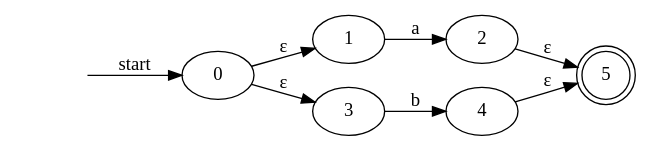
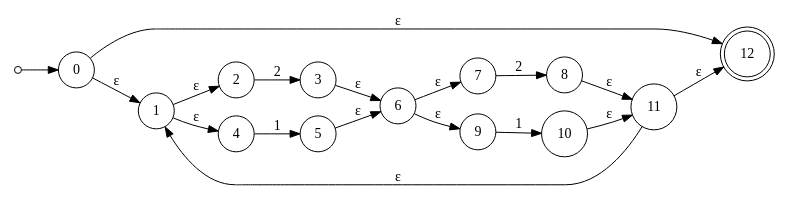
One commit to EstebanAG1005/LaboratorioC-Lenguajes changed the diagram in nfa2.gv. Above: the diagram before and after it, drawn with Graphviz. The commit also changed 21 other files, not shown here.

```diff
--- a/nfa2.gv
+++ b/nfa2.gv
@@ -1,16 +1,24 @@
 digraph {
-	graph [rankdir=LR]
-	"" [shape=none style=invisible]
-	"" -> 0 [label=start]
-	1 [label=1]
-	2 [label=2]
-	3 [label=3]
-	4 [label=4]
-	5 [label=5 shape=doublecircle]
+	rankdir=LR size="8,5"
+	node [shape=doublecircle]
+	12
+	node [shape=circle]
+	start [label="" height=0.1 width=0.1]
+	start -> 0 [label=""]
 	0 -> 1 [label="ε"]
-	0 -> 3 [label="ε"]
-	1 -> 2 [label=a]
-	3 -> 4 [label=b]
-	2 -> 5 [label="ε"]
-	4 -> 5 [label="ε"]
+	0 -> 12 [label="ε"]
+	1 -> 2 [label="ε"]
+	1 -> 4 [label="ε"]
+	2 -> 3 [label=2]
+	4 -> 5 [label=1]
+	3 -> 6 [label="ε"]
+	5 -> 6 [label="ε"]
+	6 -> 7 [label="ε"]
+	6 -> 9 [label="ε"]
+	7 -> 8 [label=2]
+	9 -> 10 [label=1]
+	8 -> 11 [label="ε"]
+	10 -> 11 [label="ε"]
+	11 -> 1 [label="ε"]
+	11 -> 12 [label="ε"]
 }
```
